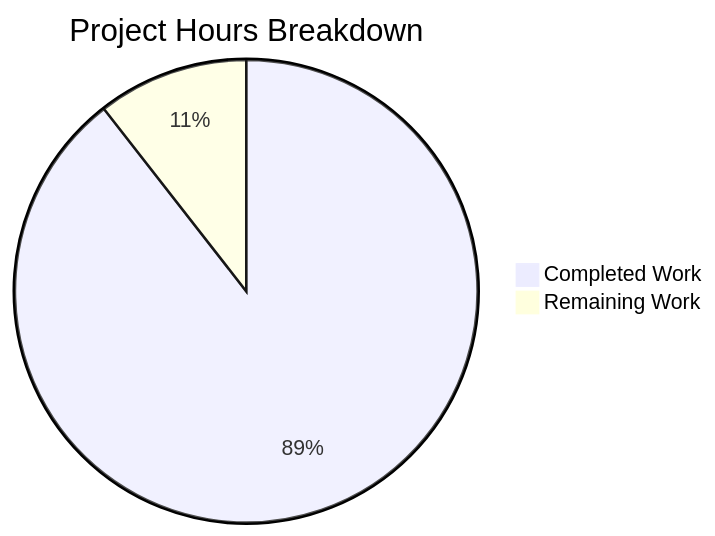
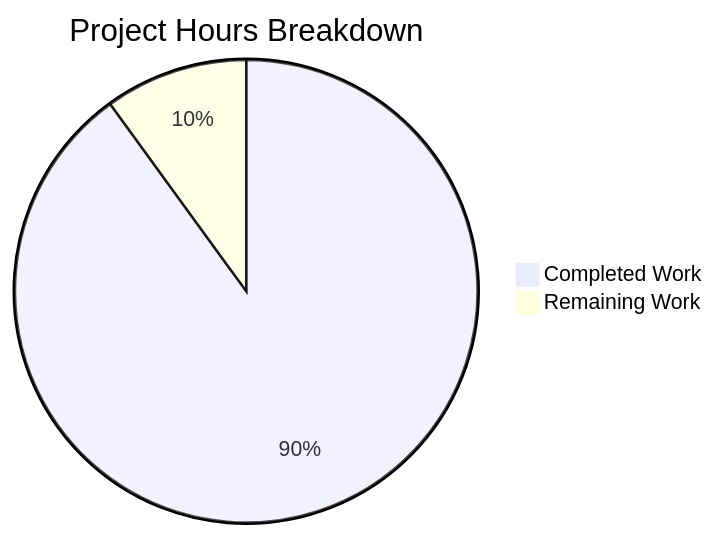
The second of 2 diagrams in blitzy/documentation/Project Guide.md (Blitzy-Sandbox/blitzy-formbricks), drawn with Mermaid before and after one commit. The commit also changed other lines of this file, not shown here.

Commit message:
Adding Blitzy Project Guide: Project Status and Human Tasks Remaining

````diff
--- a/blitzy/documentation/Project Guide.md
+++ b/blitzy/documentation/Project Guide.md
@@ -228,5 +218,5 @@
 ```mermaid
 pie title Project Hours Breakdown
-    "Completed Work" : 140
-    "Remaining Work" : 16.5
+    "Completed Work" : 126
+    "Remaining Work" : 14
 ```
````
